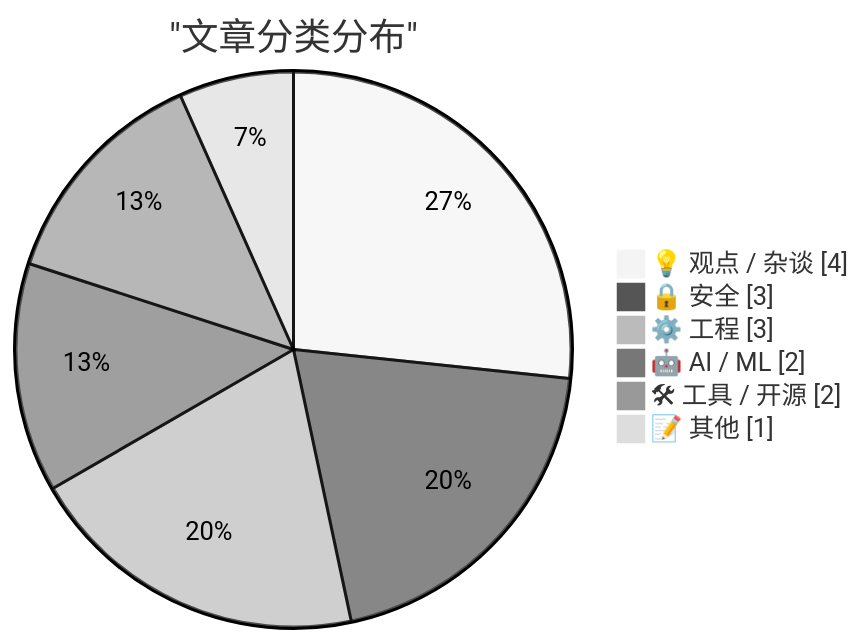
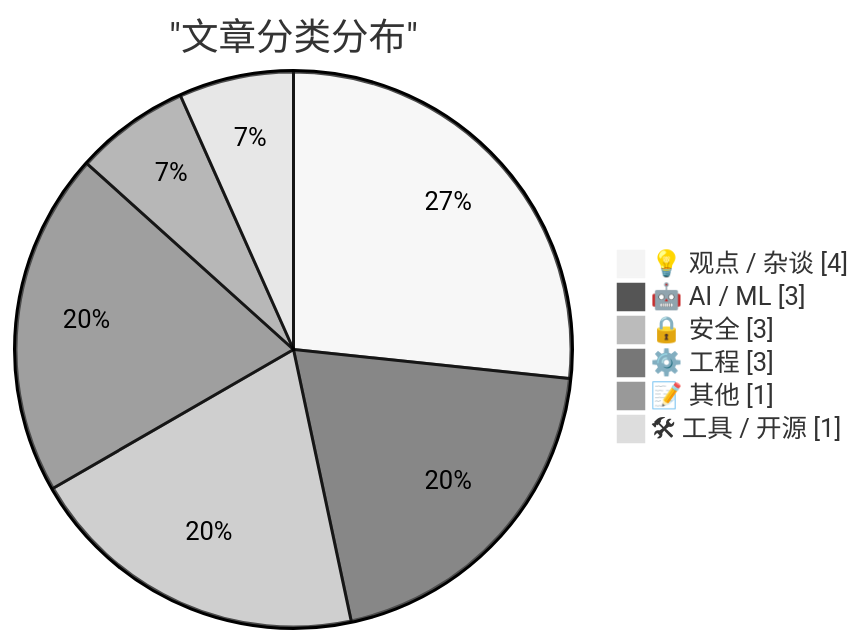
Before and after one commit to AllenX-Li/ai-daily-digest: the first of 2 diagrams in docs/digest-20260502.md, drawn with Mermaid (neutral theme). The commit also changed other lines of this file and 2 other files, not shown here.

````diff
--- a/docs/digest-20260502.md
+++ b/docs/digest-20260502.md
@@ -53,10 +53,10 @@
 ```mermaid
 pie showData
     title "文章分类分布"
     "💡 观点 / 杂谈" : 4
+    "🤖 AI / ML" : 3
     "🔒 安全" : 3
     "⚙️ 工程" : 3
-    "🤖 AI / ML" : 2
-    "🛠 工具 / 开源" : 2
     "📝 其他" : 1
+    "🛠 工具 / 开源" : 1
 ```
````
